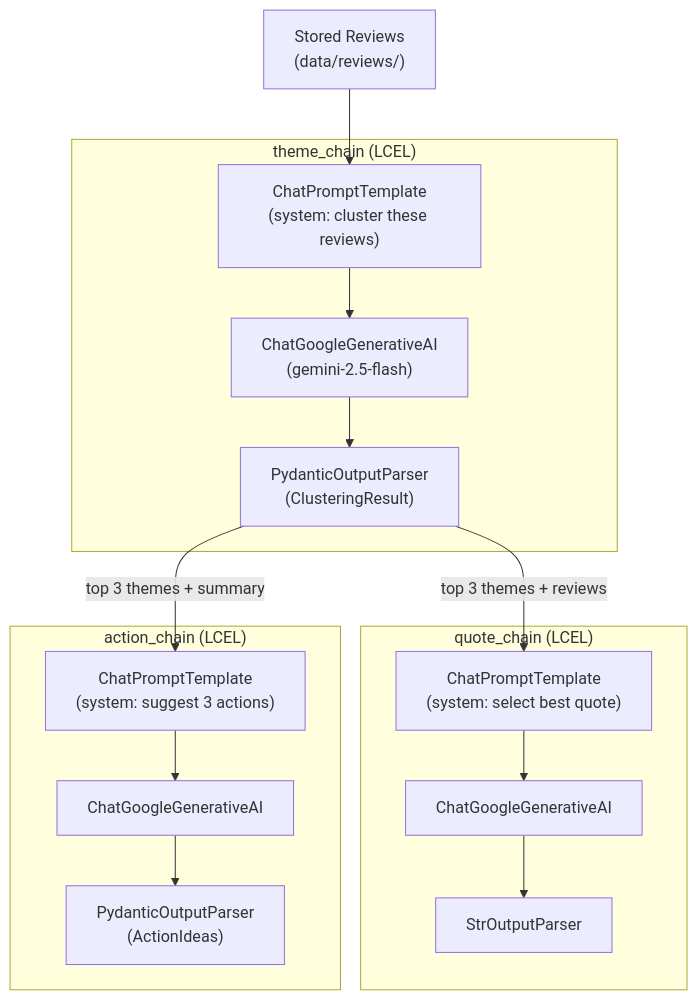
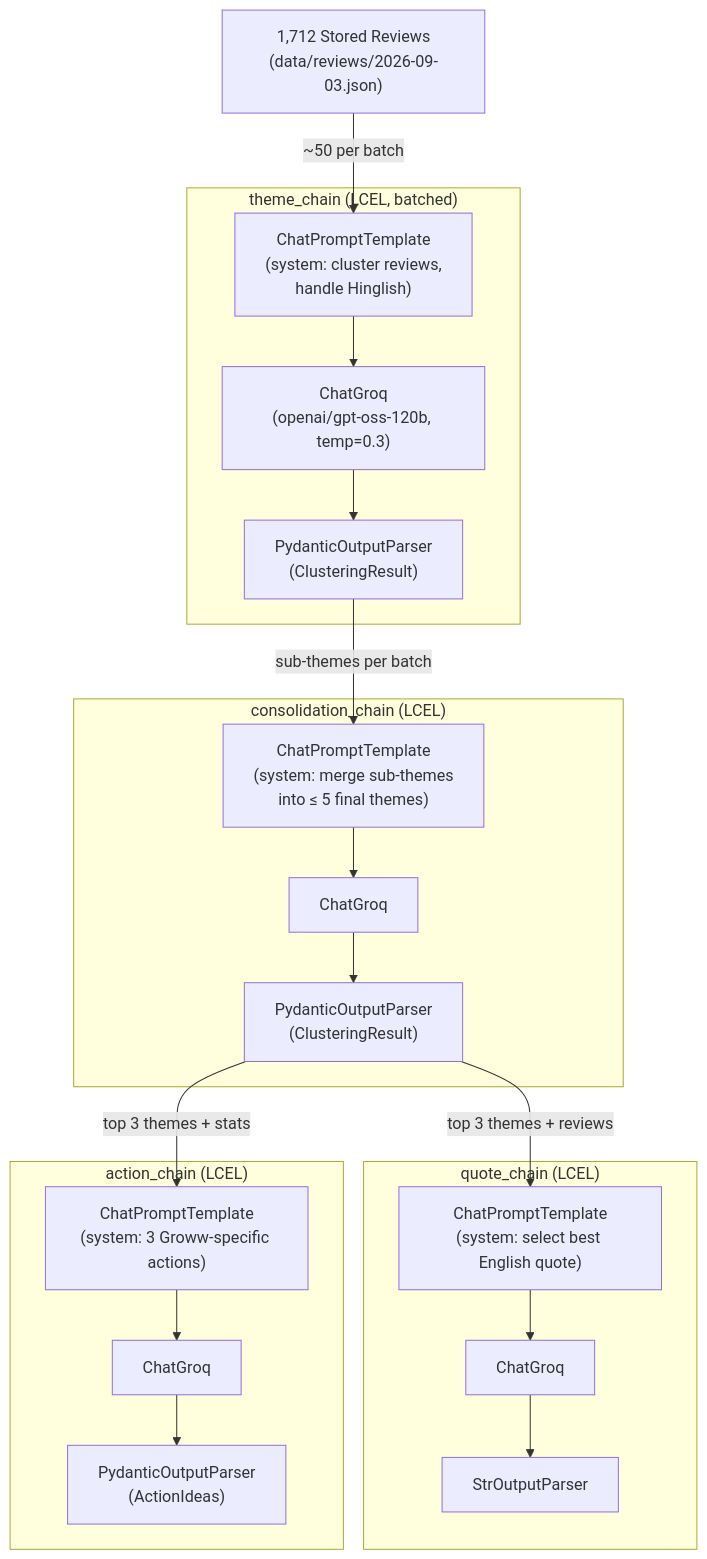
One commit to n21jindal-maker/Groww-Reviews changed the fourth of 6 diagrams in Docs/implementation-plan.md. Above: the diagram before and after it, drawn with Mermaid. The commit also changed other lines of this file and 24 other files, not shown here.

````diff
--- a/Docs/implementation-plan.md
+++ b/Docs/implementation-plan.md
@@ -174,27 +233,35 @@
 ```mermaid
 flowchart TD
-    subgraph theme_chain ["theme_chain (LCEL)"]
-        TP["ChatPromptTemplate\n(system: cluster these reviews)"]
-        TL["ChatGoogleGenerativeAI\n(gemini-2.5-flash)"]
+    subgraph theme_chain ["theme_chain (LCEL, batched)"]
+        TP["ChatPromptTemplate\n(system: cluster reviews,\nhandle Hinglish)"]
+        TL["ChatGroq\n(openai/gpt-oss-120b, temp=0.3)"]
         TPP["PydanticOutputParser\n(ClusteringResult)"]
         TP --> TL --> TPP
     end
 
+    subgraph consolidation ["consolidation_chain (LCEL)"]
+        CP["ChatPromptTemplate\n(system: merge sub-themes\ninto ≤ 5 final themes)"]
+        CL["ChatGroq"]
+        CPP["PydanticOutputParser\n(ClusteringResult)"]
+        CP --> CL --> CPP
+    end
+
     subgraph quote_chain ["quote_chain (LCEL)"]
-        QP["ChatPromptTemplate\n(system: select best quote)"]
-        QL["ChatGoogleGenerativeAI"]
+        QP["ChatPromptTemplate\n(system: select best English quote)"]
+        QL["ChatGroq"]
         QOP["StrOutputParser"]
         QP --> QL --> QOP
     end
 
     subgraph action_chain ["action_chain (LCEL)"]
-        AP["ChatPromptTemplate\n(system: suggest 3 actions)"]
-        AL["ChatGoogleGenerativeAI"]
+        AP["ChatPromptTemplate\n(system: 3 Groww-specific actions)"]
+        AL["ChatGroq"]
         APP["PydanticOutputParser\n(ActionIdeas)"]
         AP --> AL --> APP
     end
 
-    REVIEWS["Stored Reviews\n(data/reviews/)"] --> TP
-    TPP -->|"top 3 themes + reviews"| QP
-    TPP -->|"top 3 themes + summary"| AP
+    REVIEWS["1,712 Stored Reviews\n(data/reviews/2026-09-03.json)"] --> |"~50 per batch"| TP
+    TPP --> |"sub-themes per batch"| CP
+    CPP --> |"top 3 themes + reviews"| QP
+    CPP --> |"top 3 themes + stats"| AP
 ```
````
